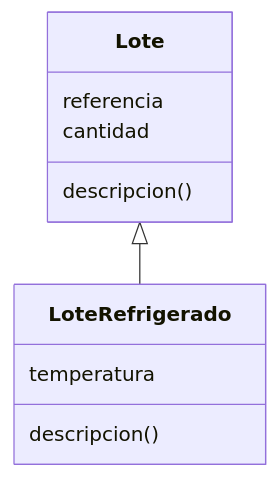
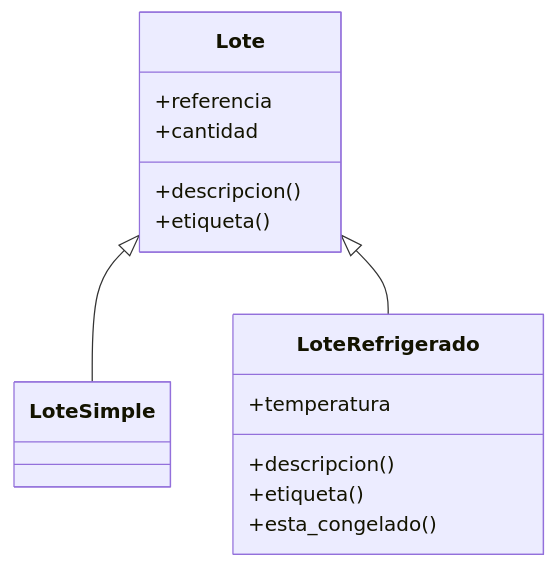
One commit to BenjaminGhiggo/aprendiendo-ddd-con-python-y-fastapi changed the first of 2 diagrams in lecciones/10-herencia/README.md. Above: the diagram before and after it, drawn with Mermaid. The commit also changed other lines of this file and 21 other files, not shown here.

````diff
--- a/lecciones/10-herencia/README.md
+++ b/lecciones/10-herencia/README.md
@@ -32,13 +296,19 @@
 ```mermaid
 classDiagram
+    Lote <|-- LoteSimple
     Lote <|-- LoteRefrigerado
     class Lote {
-      referencia
-      cantidad
-      descripcion()
+      +referencia
+      +cantidad
+      +descripcion()
+      +etiqueta()
+    }
+    class LoteSimple {
     }
     class LoteRefrigerado {
-      temperatura
-      descripcion()
+      +temperatura
+      +descripcion()
+      +etiqueta()
+      +esta_congelado()
     }
 ```
````
